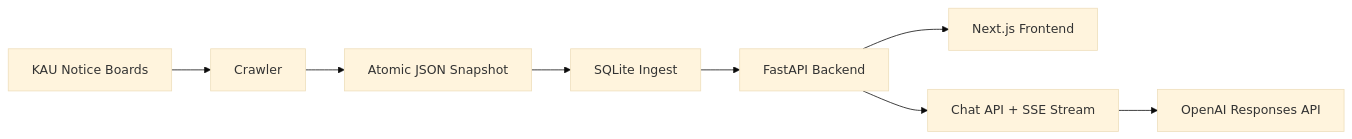
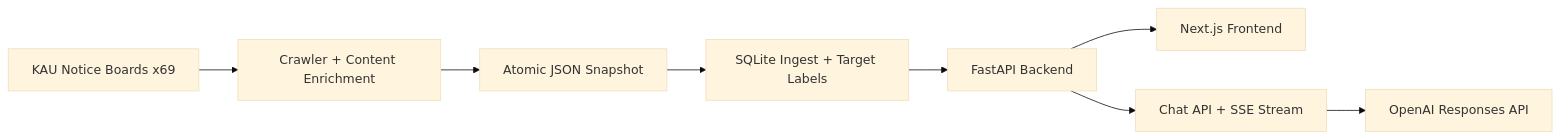
The diagram in profile/README.md (KAU-HUB-Official/.github), drawn with Mermaid (base theme) before and after one commit. The commit also changed other lines of this file, not shown here.

````diff
--- a/profile/README.md
+++ b/profile/README.md
@@ -20,10 +21,10 @@
 ```mermaid
 flowchart LR
-    A[KAU Notice Boards] --> B[Crawler]
+    A[KAU Notice Boards x69] --> B[Crawler + Content Enrichment]
     B --> C[Atomic JSON Snapshot]
-    C --> D[SQLite Ingest]
+    C --> D[SQLite Ingest + Target Labels]
     D --> E[FastAPI Backend]
     E --> F[Next.js Frontend]
     E --> G[Chat API + SSE Stream]
     G --> H[OpenAI Responses API]
 ```
````
